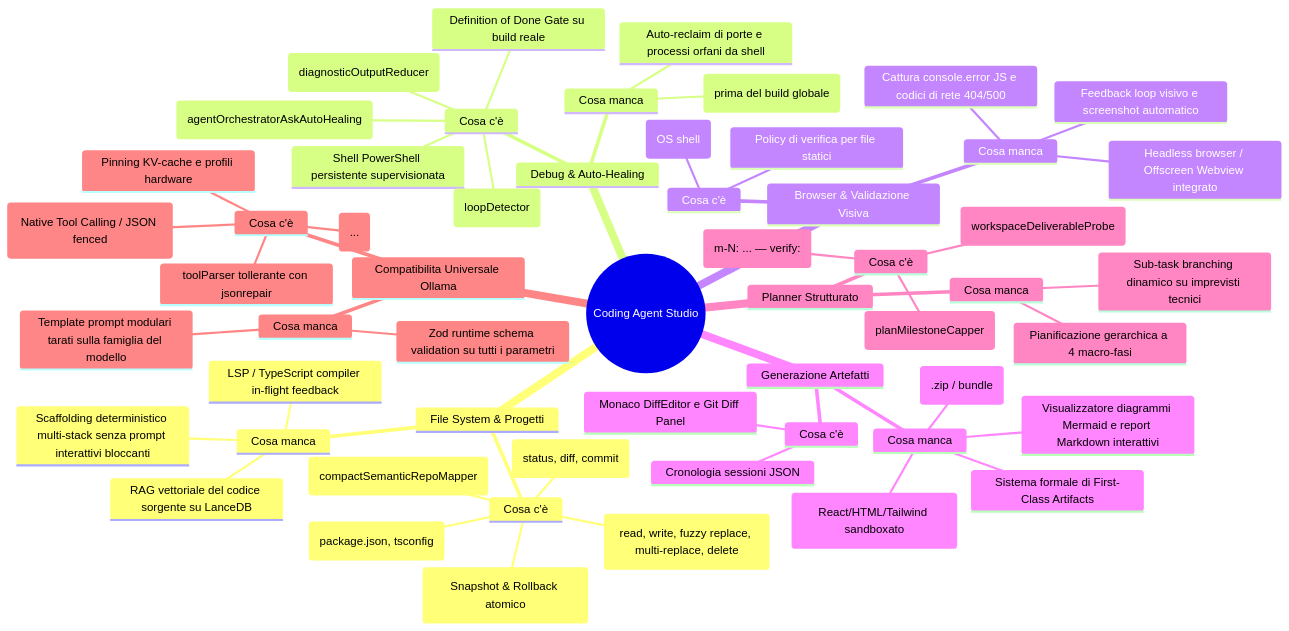
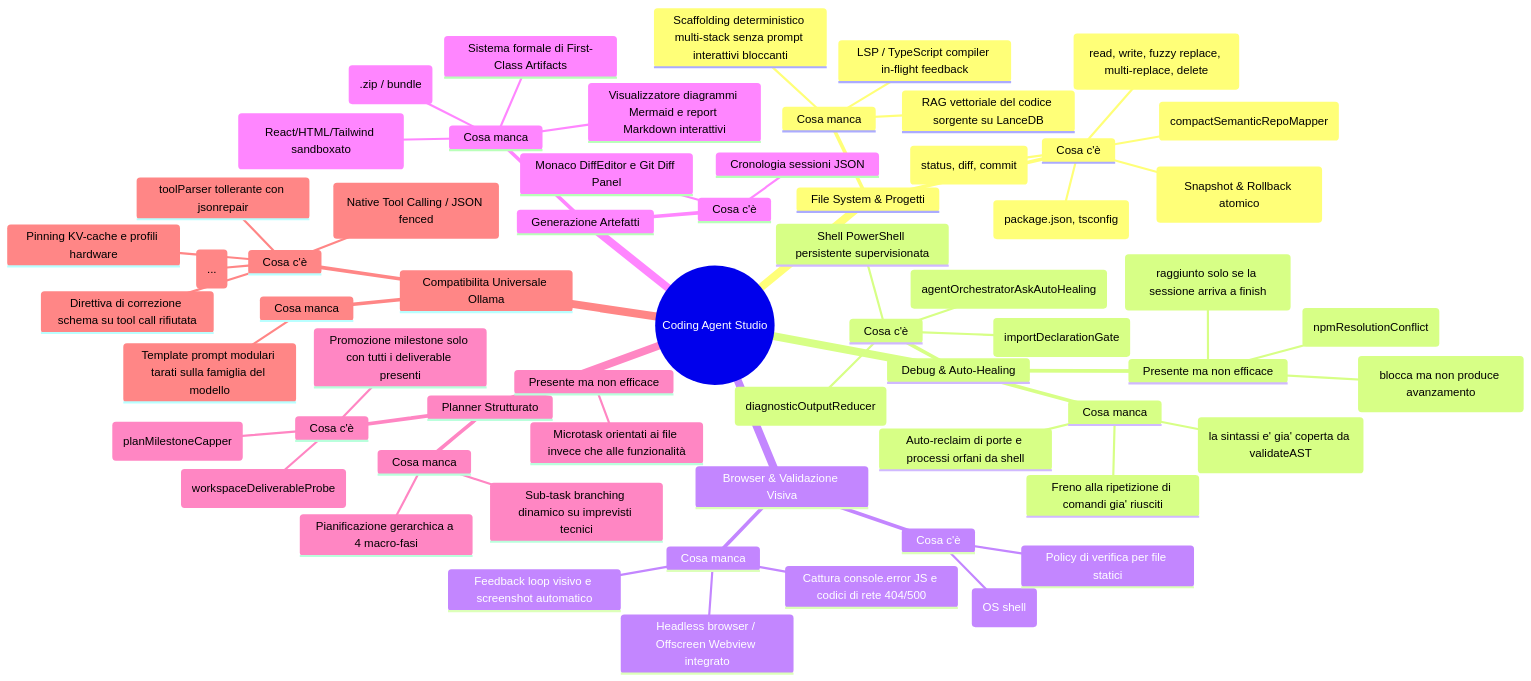
Before and after one commit to dennidalpos/OnlyRagV2: the first of 2 diagrams in docs/coding-agent-studio-blueprint.md, drawn with Mermaid. The commit also changed other lines of this file and 42 other files, not shown here.

````diff
--- a/docs/coding-agent-studio-blueprint.md
+++ b/docs/coding-agent-studio-blueprint.md
@@ -9,59 +9,65 @@
 ```mermaid
 mindmap
   root((Coding Agent Studio))
     File System & Progetti
       Cosa c'è
         Tool I/O completi (read, write, fuzzy replace, multi-replace, delete)
         AtomicWorkspaceJournal (Snapshot & Rollback atomico)
         AST Repo Map (compactSemanticRepoMapper)
         Dependency Scanner (package.json, tsconfig)
         Git Toolchain (status, diff, commit)
       Cosa manca
         RAG vettoriale del codice sorgente su LanceDB
         Scaffolding deterministico multi-stack senza prompt interattivi bloccanti
         LSP / TypeScript compiler in-flight feedback
     Debug & Auto-Healing
       Cosa c'è
         Shell PowerShell persistente supervisionata
         Riduzione diagnostica stack trace (diagnosticOutputReducer)
         Intercettazione lazy ask (agentOrchestratorAskAutoHealing)
-        Rilevatore oscillazioni k-stati e stagnazione (loopDetector)
-        Definition of Done Gate su build reale
+        Gate import non dichiarati post-write (importDeclarationGate)
+      Presente ma non efficace
+        Definition of Done Gate su build reale (raggiunto solo se la sessione arriva a finish)
+        Rilevatore oscillazioni e stagnazione (blocca ma non produce avanzamento)
+        Recupero dai conflitti npm ERESOLVE (npmResolutionConflict)
       Cosa manca
-        Feedback sintattico post-write istantaneo (prima del build globale)
+        Typecheck incrementale post-write (la sintassi e' gia' coperta da validateAST)
+        Freno alla ripetizione di comandi gia' riusciti
         Auto-reclaim di porte e processi orfani da shell
     Browser & Validazione Visiva
       Cosa c'è
         open_in_browser esterno (OS shell)
         Policy di verifica per file statici
       Cosa manca
         Feedback loop visivo e screenshot automatico
         Cattura console.error JS e codici di rete 404/500
         Headless browser / Offscreen Webview integrato
     Generazione Artefatti
       Cosa c'è
         Monaco DiffEditor e Git Diff Panel
         Cronologia sessioni JSON
       Cosa manca
         Sistema formale di First-Class Artifacts
         Pannello UI Live Preview (React/HTML/Tailwind sandboxato)
         Visualizzatore diagrammi Mermaid e report Markdown interattivi
         1-Click Export (.zip / bundle)
     Planner Strutturato
       Cosa c'è
-        Microtask atomici sequenziali (m-N: ... — verify: <cmd>)
         Parser canonico e capping a 15 milestone (planMilestoneCapper)
         Probe su disco per deliverable reali (workspaceDeliverableProbe)
+        Promozione milestone solo con tutti i deliverable presenti
+      Presente ma non efficace
+        Microtask orientati ai file invece che alle funzionalità
       Cosa manca
         Pianificazione gerarchica a 4 macro-fasi
         Sub-task branching dinamico su imprevisti tecnici
     Compatibilita Universale Ollama
       Cosa c'è
         toolParser tollerante con jsonrepair
         Pre-stripping tag CoT (<think>...</think>)
         Dual-mode routing (Native Tool Calling / JSON fenced)
         Pinning KV-cache e profili hardware
+        Direttiva di correzione schema su tool call rifiutata
       Cosa manca
-        Zod runtime schema validation su tutti i parametri
         Template prompt modulari tarati sulla famiglia del modello
 ```
````
